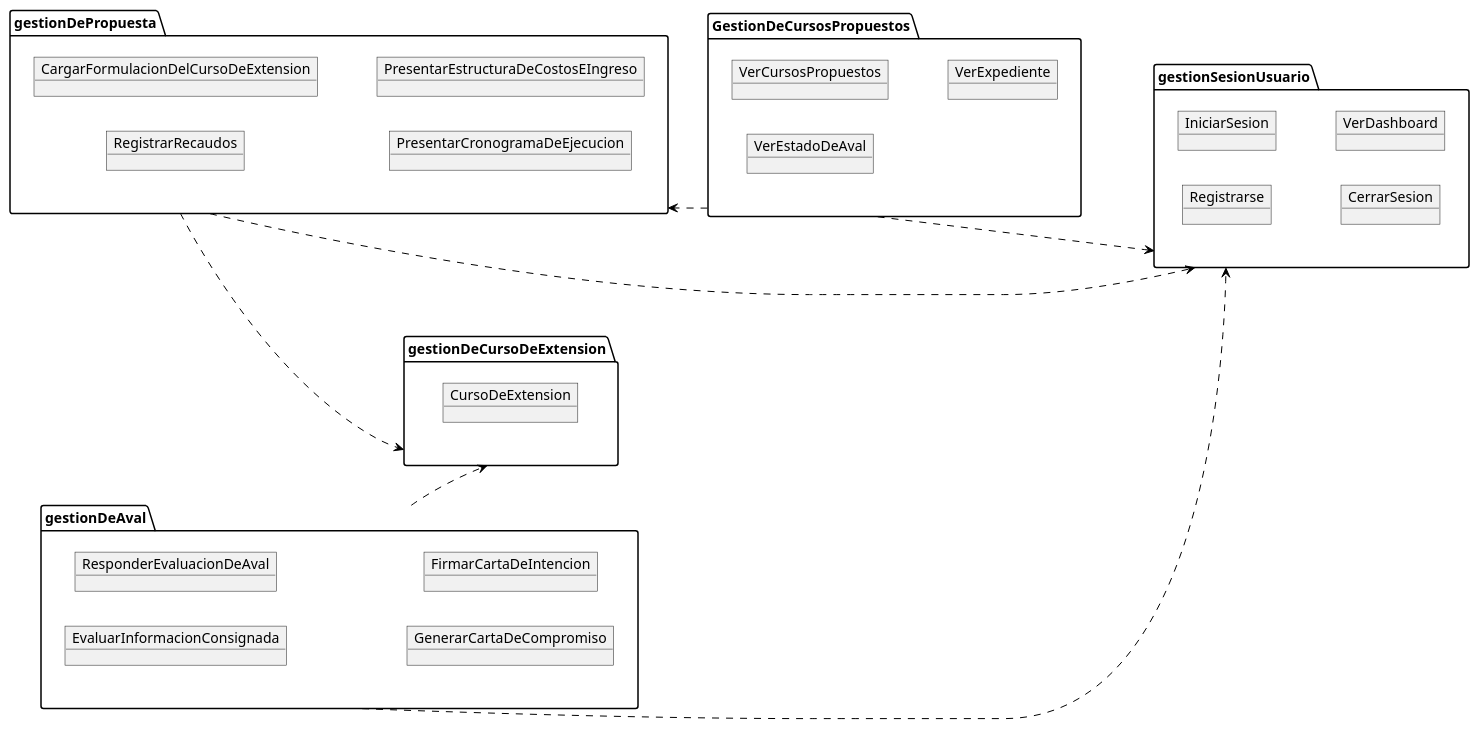
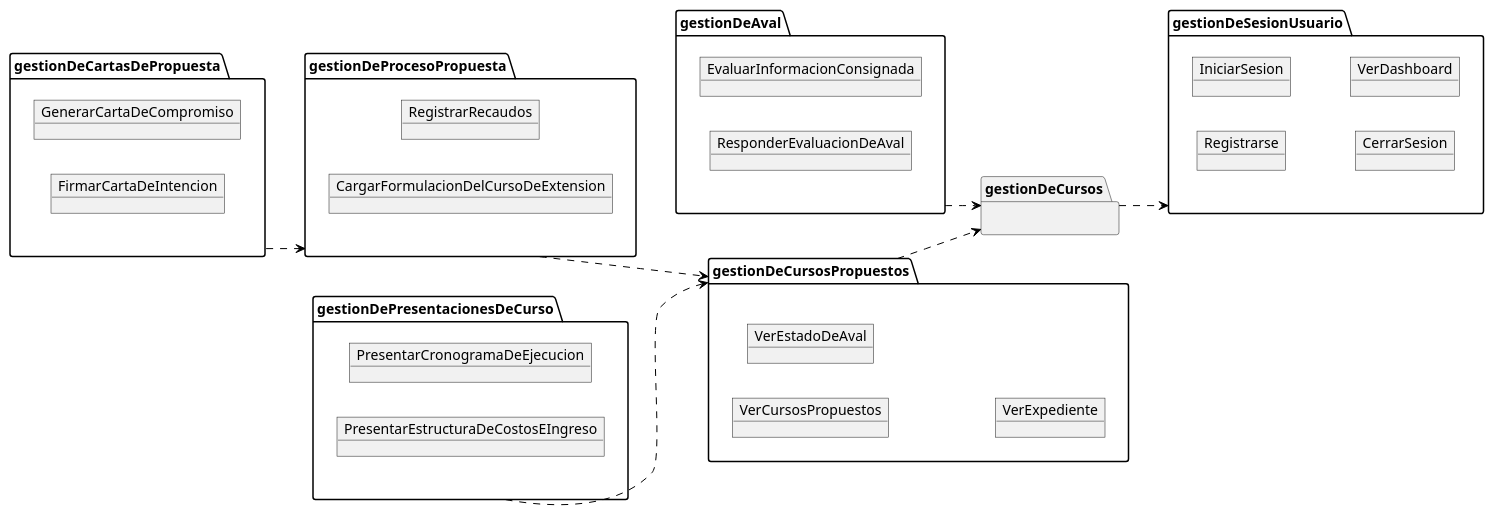
Before and after one commit to Samantha-Ramirez/ProyectoEquipo7ING: the diagram in docs/scenariosView/DisciplinaDeAnalisisDiagramaDePaquetes.plantUML, drawn with PlantUML. The commit also changed 11 other files, not shown here.

```diff
--- a/docs/scenariosView/DisciplinaDeAnalisisDiagramaDePaquetes.plantUML
+++ b/docs/scenariosView/DisciplinaDeAnalisisDiagramaDePaquetes.plantUML
@@ -1,42 +1,52 @@
 @startuml DisciplinaDeAnalisisDiagramaDePaquetes
 left to right direction
 
-package "gestionDeCursoDeExtension" as G_cursoExtension{
-    object CursoDeExtension
+package "gestionDeCursos" as G_cursos{
+    'object CursoDeExtension
 } 
 
-package "gestionDePropuesta" as G_propuesta{
+package "gestionDeCursosPropuestos" as G_cursosPropuestos{
+    object VerCursosPropuestos
+    object VerEstadoDeAval
+    object VerExpediente
+}
+
+package "gestionDeProcesoPropuesta" as G_propuesta{
     object RegistrarRecaudos
     object CargarFormulacionDelCursoDeExtension
+}
+
+package "gestionDePresentacionesDeCurso" as G_presentaciones{
     object PresentarCronogramaDeEjecucion
     object PresentarEstructuraDeCostosEIngreso
 }
 
 package "gestionDeAval" as G_aval{
     object EvaluarInformacionConsignada
     object ResponderEvaluacionDeAval
+}
+
+package "gestionDeCartasDePropuesta" as G_cartas{
     object GenerarCartaDeCompromiso
     object FirmarCartaDeIntencion
 }
 
-G_aval --> G_cursoExtension #Black;line.dashed;
-G_propuesta --> G_cursoExtension #Black;line.dashed;
 
-package "GestionDeCursosPropuestos" as G_userProponente{
-    object VerCursosPropuestos
-    object VerEstadoDeAval
-    object VerExpediente
-}
-
-package "gestionSesionUsuario" as G_user {
+package "gestionDeSesionUsuario" as G_user {
     object Registrarse
     object IniciarSesion
     object CerrarSesion
     object VerDashboard
 }
-G_userProponente --> G_propuesta #Black;line.dashed;
-G_aval --> G_user #Black;line.dashed;
-G_userProponente ----> G_user #Black;line.dashed;
-G_propuesta ------> G_user #Black;line.dashed;
+
+G_cursos --> G_user #Black;line.dashed;
+G_aval --> G_cursos #Black;line.dashed;
+G_cursosPropuestos --> G_cursos #Black;line.dashed;
+G_propuesta --> G_cursosPropuestos #Black;line.dashed;
+G_cartas --> G_propuesta #Black;line.dashed;
+G_presentaciones --> G_cursosPropuestos #Black;line.dashed;
+'G_aval --> G_user #Black;line.dashed;
+'G_cursosPropuestos ----> G_user #Black;line.dashed;
+'G_propuesta ------> G_user #Black;line.dashed;
 
 @enduml
```
